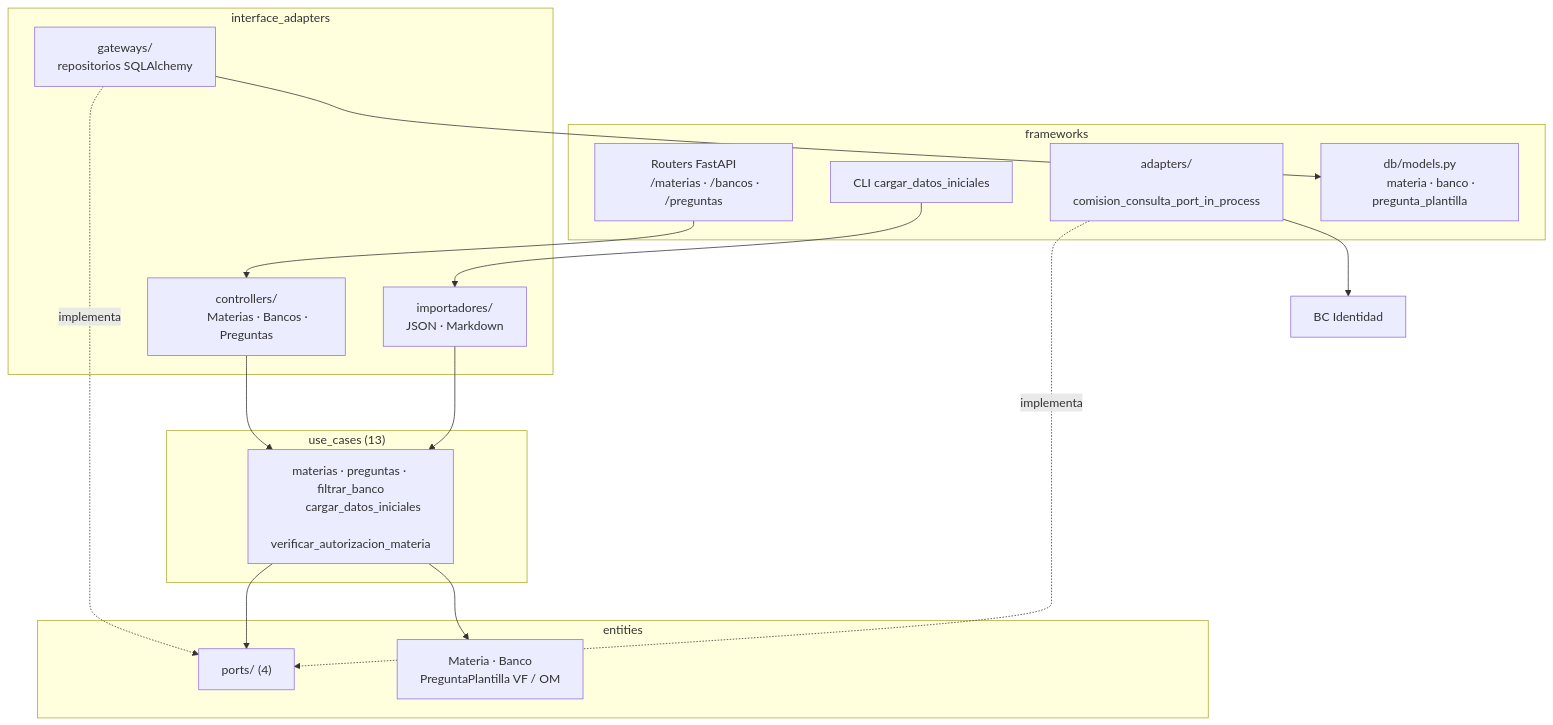
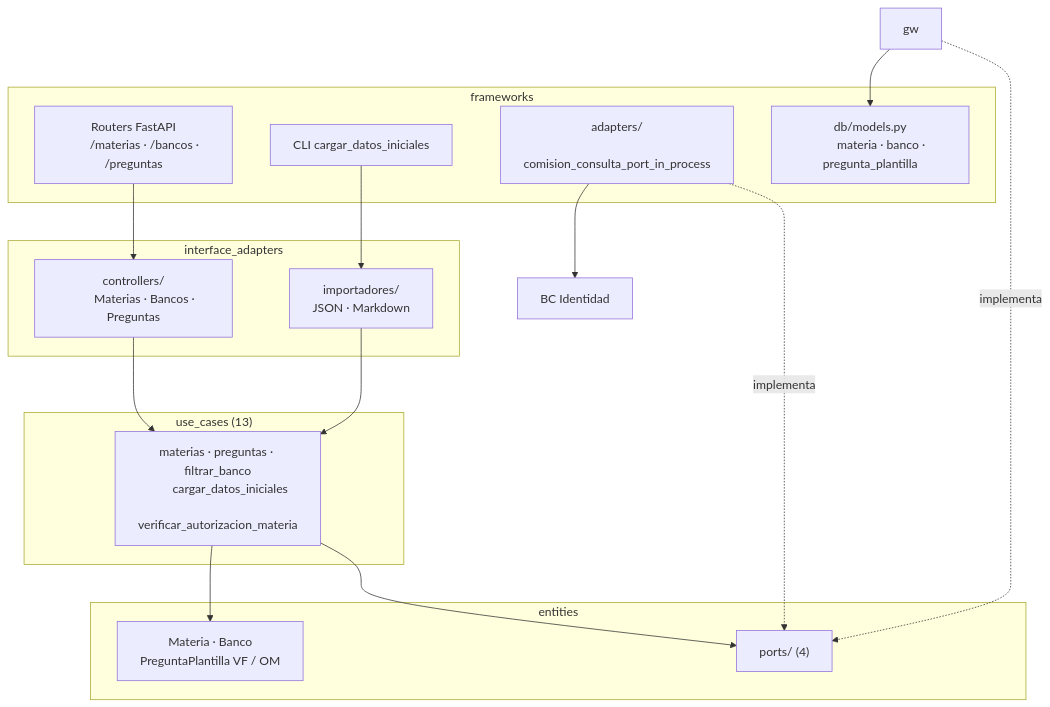
The diagram in docs/architecture/11-componentes-banco-preguntas.md (vvalotto/cognion), drawn with Mermaid before and after one commit. The commit also changed other lines of this file and 31 other files, not shown here.

````diff
--- a/docs/architecture/11-componentes-banco-preguntas.md
+++ b/docs/architecture/11-componentes-banco-preguntas.md
@@ -21,39 +21,37 @@
 ```mermaid
 flowchart TB
     subgraph fw["frameworks"]
         r["Routers FastAPI
         /materias · /bancos · /preguntas"]
         cli["CLI cargar_datos_iniciales"]
         ad["adapters/
         comision_consulta_port_in_process"]
         db["db/models.py
         materia · banco · pregunta_plantilla"]
     end
     subgraph ia["interface_adapters"]
         ctl["controllers/
         Materias · Bancos · Preguntas"]
-        gw["gateways/
-        repositorios SQLAlchemy"]
         imp["importadores/
         JSON · Markdown"]
     end
     subgraph uc["use_cases (13)"]
         u["materias · preguntas · filtrar_banco
         cargar_datos_iniciales
         verificar_autorizacion_materia"]
     end
     subgraph en["entities"]
         e["Materia · Banco
         PreguntaPlantilla VF / OM"]
         p["ports/ (4)"]
     end
     identidad["BC Identidad"]
 
     r --> ctl --> u --> p
     cli --> imp --> u
     gw -. implementa .-> p
     gw --> db
     ad -. implementa .-> p
     ad --> identidad
     u --> e
 ```
````
